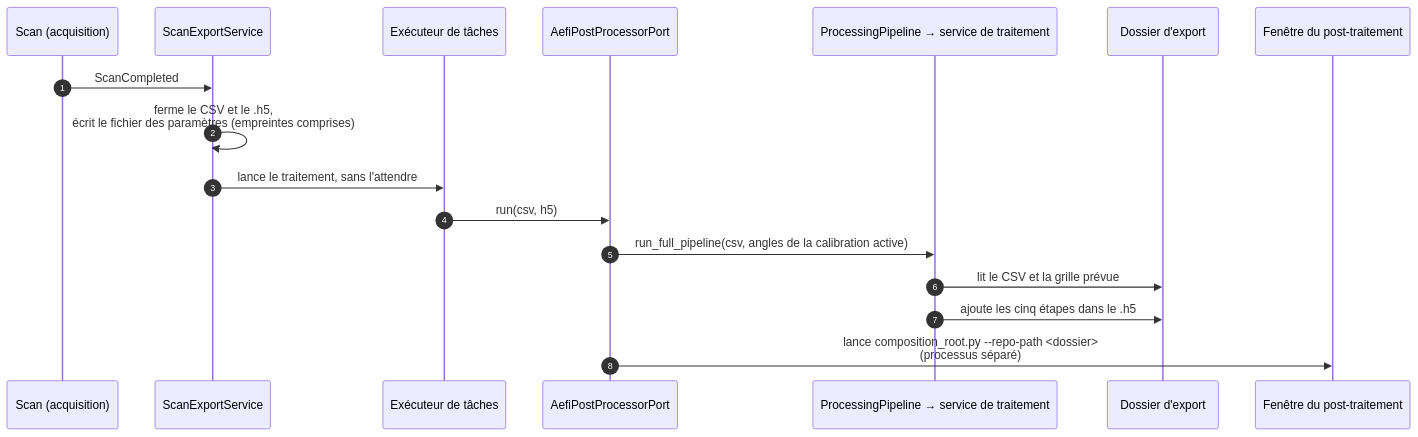
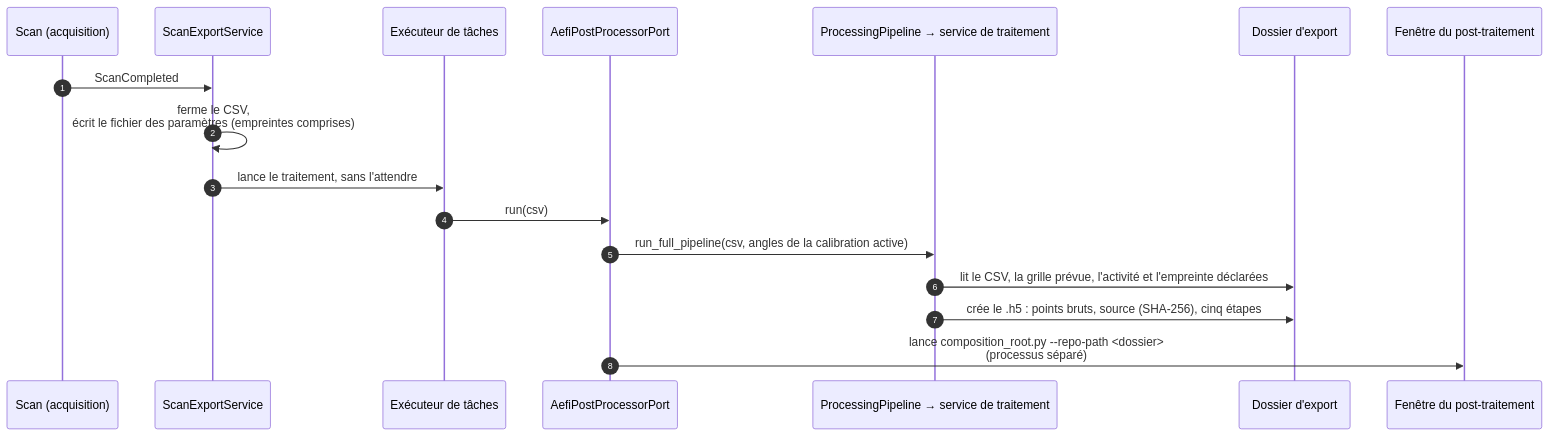
The third of 4 diagrams in _system/documentation/context-map-acquisition-post-traitement.md (Luciosmic/AEFI_Acquisition), drawn with Mermaid before and after one commit. The commit also changed other lines of this file and 11 other files, not shown here.

````diff
--- a/_system/documentation/context-map-acquisition-post-traitement.md
+++ b/_system/documentation/context-map-acquisition-post-traitement.md
@@ -128,19 +130,19 @@
 ```mermaid
 sequenceDiagram
     autonumber
     participant Scan as Scan (acquisition)
     participant SES as ScanExportService
     participant TR as Exécuteur de tâches
     participant ACL as AefiPostProcessorPort
     participant PP as ProcessingPipeline → service de traitement
     participant F as Dossier d'export
     participant W as Fenêtre du post-traitement
     Scan->>SES: ScanCompleted
-    SES->>SES: ferme le CSV et le .h5,<br/>écrit le fichier des paramètres (empreintes comprises)
+    SES->>SES: ferme le CSV,<br/>écrit le fichier des paramètres (empreintes comprises)
     SES->>TR: lance le traitement, sans l'attendre
-    TR->>ACL: run(csv, h5)
+    TR->>ACL: run(csv)
     ACL->>PP: run_full_pipeline(csv, angles de la calibration active)
-    PP->>F: lit le CSV et la grille prévue
-    PP->>F: ajoute les cinq étapes dans le .h5
+    PP->>F: lit le CSV, la grille prévue, l'activité et l'empreinte déclarées
+    PP->>F: crée le .h5 : points bruts, source (SHA-256), cinq étapes
     ACL->>W: lance composition_root.py --repo-path <dossier><br/>(processus séparé)
 ```
````
